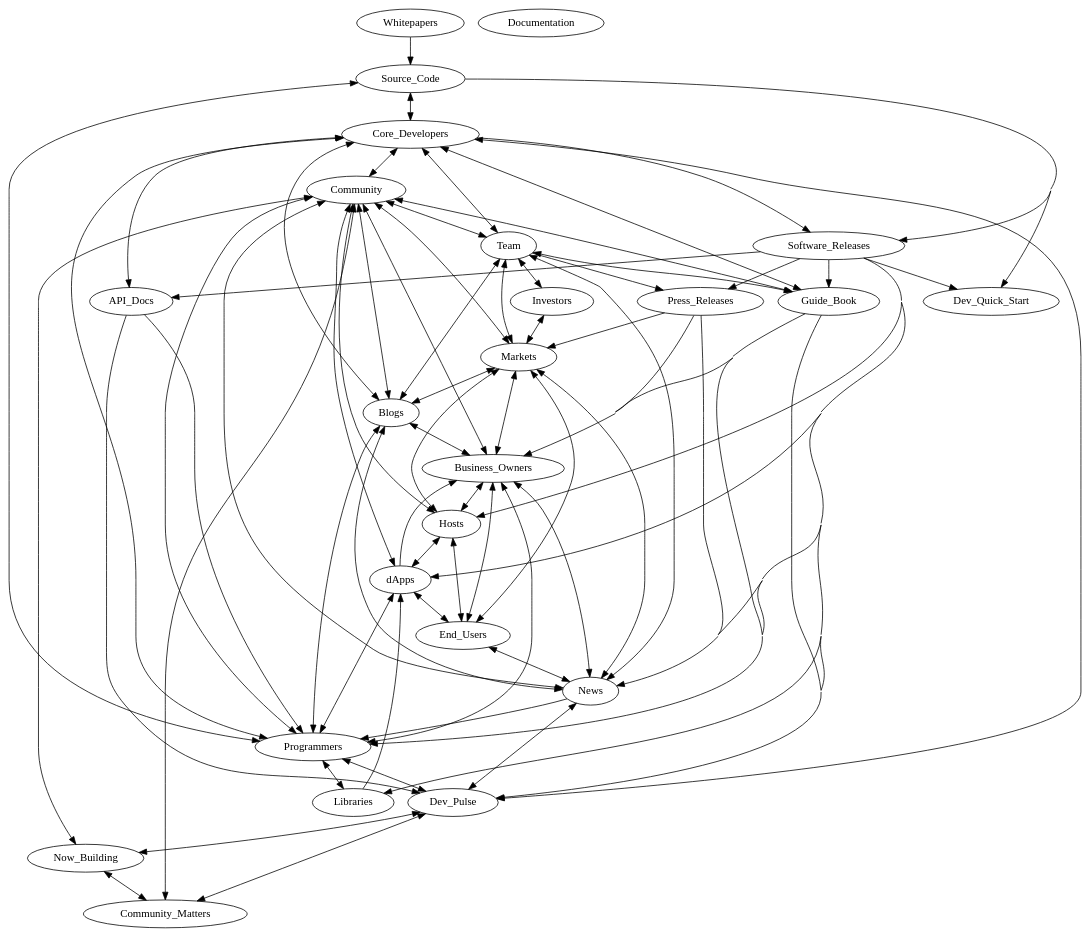
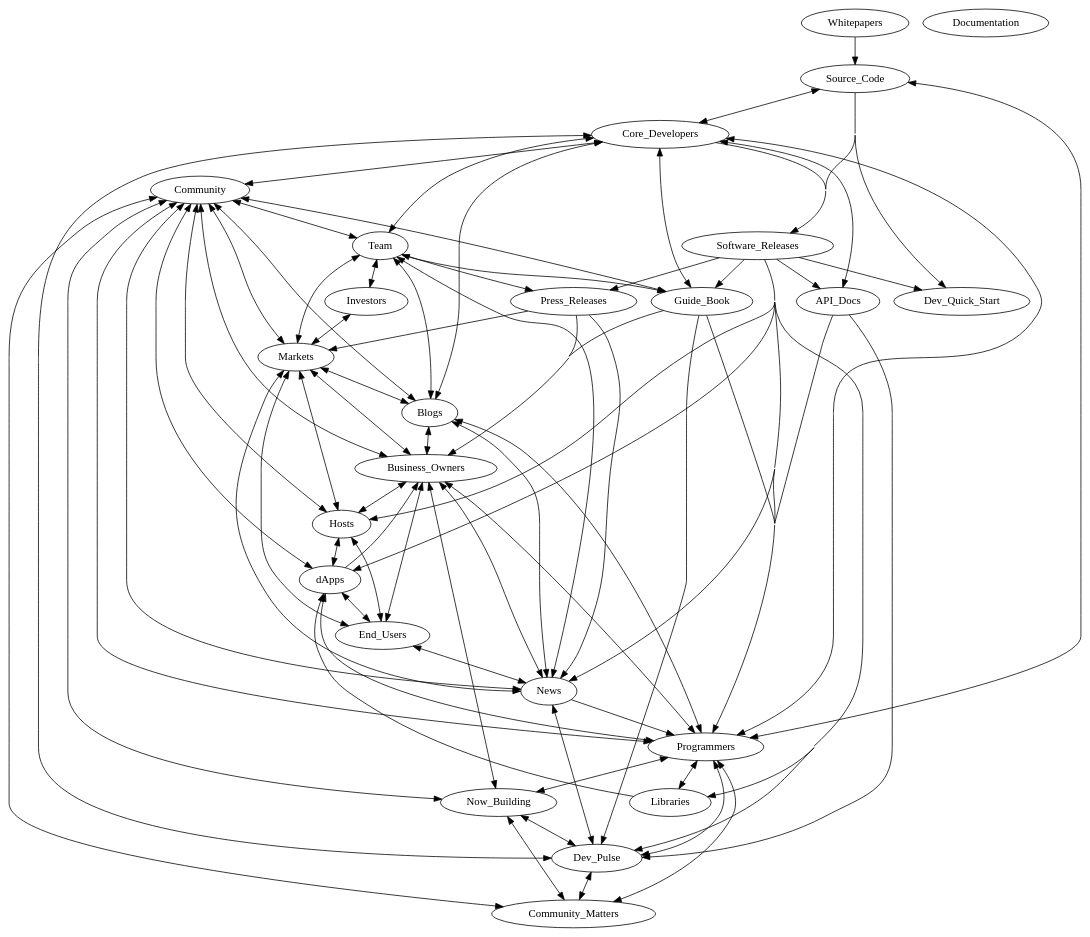
One commit to btakita/holochain-notes changed the diagram in information-flow.dot. Above: the diagram before and after it, drawn with Graphviz. The commit also changed 1 other file, not shown here.

Commit message:
information-flow.dot
	Now_Building links
	Community_Matters -> Programmers -> Community_Matters

information-flow.svg

```diff
--- a/information-flow.dot
+++ b/information-flow.dot
@@ -1,93 +1,97 @@
 digraph	"Software Flow" {
 	concentrate = true;
 
 	Whitepapers [href = "https://holo.host/whitepapers/"];
 	Source_Code [href = "https://github.com/holochain/holochain-rust"];
 	Team [href = "https://holo.host/team/"];
 	Core_Developers [href = "https://github.com/holochain/holochain-rust/graphs/contributors"];
 	Software_Releases [href = "https://github.com/holochain/holochain-rust/releases"];
 	Hosts [href = "https://holo.host/host/"];
 	Documentation [href = "https://developer.holochain.org/"];
 	Dev_Quick_Start [href = "https://developer.holochain.org/start.html"];
 	API_Docs [href = "https://developer.holochain.org/api/latest/hdk/"]
 	Guide_Book [href = "https://developer.holochain.org/guide/latest/welcome.html"]
 	Dev_Pulse [href = "https://medium.com/holochain"]
 	Community_Matters [href = "https://medium.com/holochain/tagged/community-matters"]
 	Now_Building [href = "https://medium.com/holochain/tagged/now-building"]
 
 	Whitepapers -> Source_Code;
 	Source_Code -> Software_Releases;
 	Source_Code -> Core_Developers -> Source_Code;
 	Source_Code -> Dev_Quick_Start;
 	Software_Releases -> API_Docs;
 	Software_Releases -> News;
 	Software_Releases -> Libraries;
 	Software_Releases -> dApps;
 	Software_Releases -> Hosts;
 	Software_Releases -> Press_Releases;
 	Software_Releases -> API_Docs;
 	Software_Releases -> Dev_Quick_Start;
 	Software_Releases -> Dev_Pulse;
 	Software_Releases -> Guide_Book;
 	Software_Releases -> Programmers;
 	Libraries -> dApps;
 	dApps -> Business_Owners;
 	dApps -> End_Users -> dApps;
 	API_Docs -> Dev_Pulse;
 	API_Docs -> Programmers;
 	Guide_Book -> Programmers;
 	Guide_Book -> Business_Owners;
 	Guide_Book -> Dev_Pulse;
 	Guide_Book -> Core_Developers -> Guide_Book;
 	Press_Releases -> News;
 	Press_Releases -> Business_Owners;
 	Press_Releases -> Markets;
 	News -> Dev_Pulse -> News;
 	News -> Programmers;
 	News -> Blogs -> News;
 	News -> Business_Owners -> News;
 	News -> End_Users -> News;
 	News -> Markets -> News;
 	Dev_Pulse -> Programmers -> Dev_Pulse;
 	Community_Matters -> Community -> Community_Matters;
 	Dev_Pulse -> Community_Matters -> Dev_Pulse -> Now_Building -> Dev_Pulse;
-	Now_Building -> Community -> Now_Building -> Community_Matters -> Now_Building;
+	Now_Building -> Community -> Now_Building;
+	Now_Building -> Community_Matters -> Now_Building;
+	Now_Building -> Business_Owners -> Now_Building;
+	Now_Building -> Programmers -> Now_Building;
+	Community_Matters -> Programmers -> Community_Matters;
 	Blogs -> Team -> Blogs;
 	Blogs -> Core_Developers -> Blogs;
 	Blogs -> Programmers -> Blogs;
 	Blogs -> Business_Owners -> Blogs;
 	Blogs -> Markets -> Blogs;
 	Markets -> Hosts -> Markets;
 	Markets -> Investors -> Markets;
 	Markets -> End_Users -> Markets;
 	Team -> Core_Developers -> Team;
 	Team -> Press_Releases;
 	Team -> Guide_Book -> Team;
 	Team -> News -> Team;
 	Team -> Markets -> Team;
 	Team -> Investors -> Team;
 	Core_Developers -> API_Docs -> Core_Developers;
 	Core_Developers -> Guide_Book -> Core_Developers;
 	Core_Developers -> Dev_Pulse -> Core_Developers;
 	Core_Developers -> Programmers -> Core_Developers;
 	Core_Developers -> Software_Releases;
 	Hosts -> dApps -> Hosts;
 	Hosts -> Business_Owners -> Hosts;
 	Hosts -> End_Users -> Hosts;
 	Community -> Team -> Community;
 	Community -> Core_Developers -> Community;
 	Community -> Markets -> Community;
 	Community -> Blogs -> Community;
 	Community -> News -> Community;
 	Community -> Programmers -> Community;
 	Community -> Business_Owners -> Community;
 	Community -> Guide_Book -> Community;
 	Community -> dApps -> Community;
 	Community -> Hosts -> Community;
 	Programmers -> Source_Code -> Programmers;
 	Programmers -> dApps -> Programmers;
 	Programmers -> Libraries -> Programmers;
 	Programmers -> Business_Owners -> Programmers;
 	Business_Owners -> End_Users -> Business_Owners;
 	Business_Owners -> Markets -> Business_Owners;
 }
```
